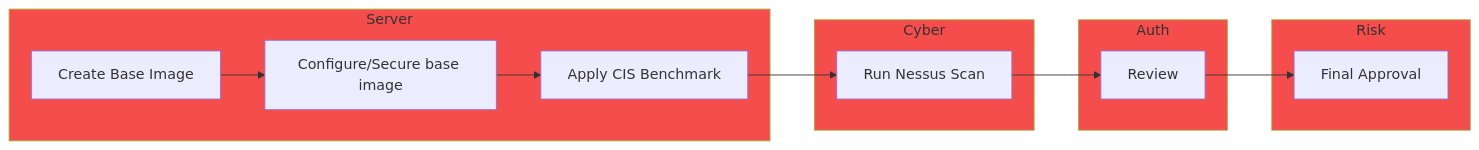
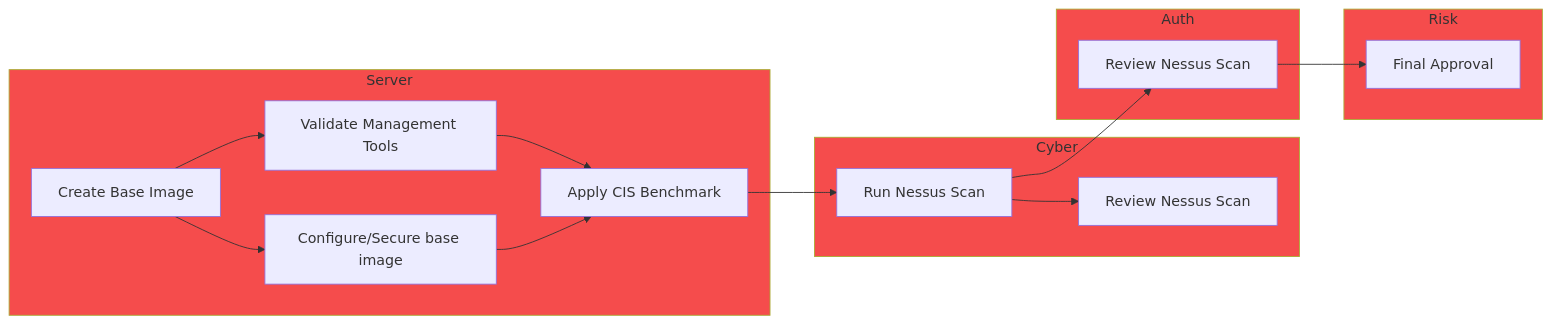
One commit to stahler/MermaidDiagrams changed the diagram in ServerValidation.md. Above: the diagram before and after it, drawn with Mermaid. The commit also changed 1 other file, not shown here.

Commit message:
Added version2

````diff
--- a/ServerValidation.md
+++ b/ServerValidation.md
@@ -1,23 +1,26 @@
 ```mermaid
 flowchart LR
 
     subgraph Server
     A1[Create Base Image]-->A2[Configure/Secure base image]
-    A2-->A3[Apply CIS Benchmark]
+    A1 -->A4[Validate Management Tools]
+    A4 --> A3
+    A2 -->A3[Apply CIS Benchmark]
     end
 
     subgraph Cyber
     A3-->B1[Run Nessus Scan]
+    B1 --> B2[Review Nessus Scan]
     end
 
     subgraph Auth
-    B1-->C1[Review]
+    B1-->C1[Review Nessus Scan]
     end
 
     subgraph Risk
     C1-->D1[Final Approval]
     end
 
     classDef dark fill:#F54C4C
     class Server,Cyber,Auth,Risk dark
 ```
````
